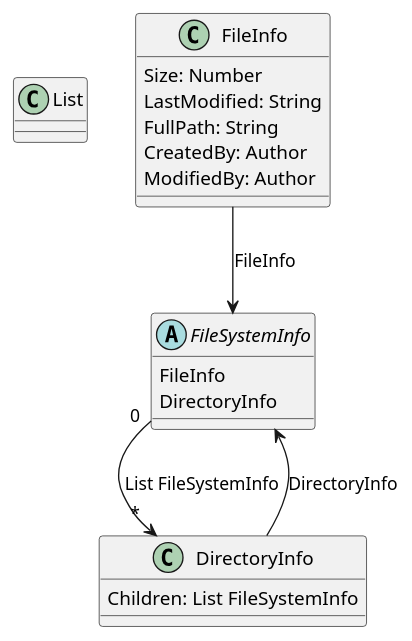
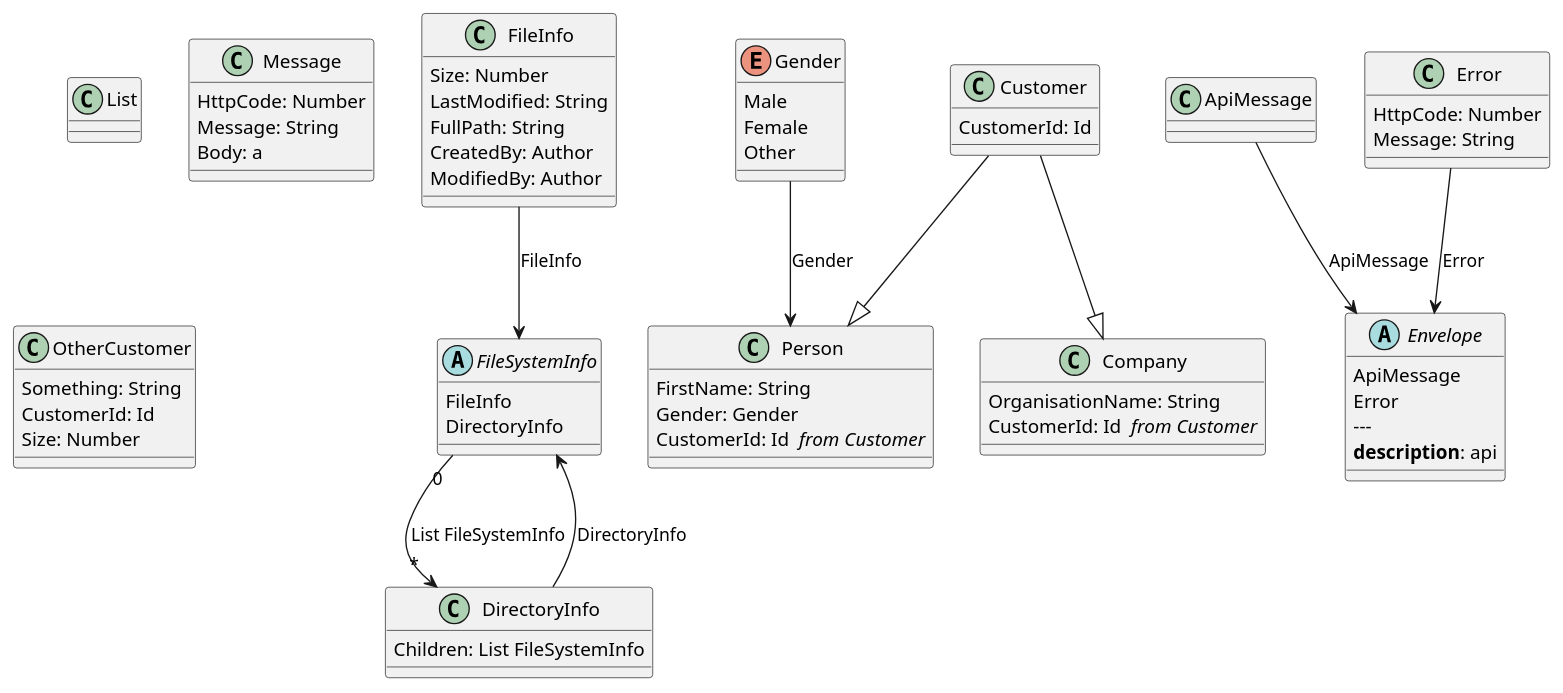
One commit to Baudin999/car-lang changed the diagram in Examples/.out/FileSystem/FileSystem.puml. Above: the diagram before and after it, drawn with PlantUML. The commit also changed 16 other files, not shown here.

```diff
--- a/Examples/.out/FileSystem/FileSystem.puml
+++ b/Examples/.out/FileSystem/FileSystem.puml
@@ -1,19 +1,62 @@
 class List {
 }
 class FileInfo {
 	Size: Number 
 	LastModified: String 
 	FullPath: String 
 	CreatedBy: Author 
 	ModifiedBy: Author 
 }
 class DirectoryInfo {
 	Children: List FileSystemInfo
 }
 FileSystemInfo "0" --> "*" DirectoryInfo : List FileSystemInfo
 abstract FileSystemInfo {
 	FileInfo
 	DirectoryInfo
 }
 FileInfo --> FileSystemInfo : FileInfo
 DirectoryInfo --> FileSystemInfo : DirectoryInfo
+enum Gender {
+	Male
+	Female
+	Other
+}
+class Person {
+	FirstName: String 
+	Gender: Gender 
+	CustomerId: Id  <i>from Customer</i>
+}
+Gender --> Person : Gender
+Customer --|> Person
+class Company {
+	OrganisationName: String 
+	CustomerId: Id  <i>from Customer</i>
+}
+Customer --|> Company
+class Customer {
+	CustomerId: Id 
+}
+abstract Envelope {
+	ApiMessage
+	Error
+  ---
+  <b>description</b>: api
+    
+}
+ApiMessage --> Envelope : ApiMessage
+Error --> Envelope : Error
+class Message {
+	HttpCode: Number 
+	Message: String 
+	Body: a 
+}
+class OtherCustomer {
+	Something: String 
+	CustomerId: Id 
+	Size: Number 
+}
+class Error {
+	HttpCode: Number 
+	Message: String 
+}
```
